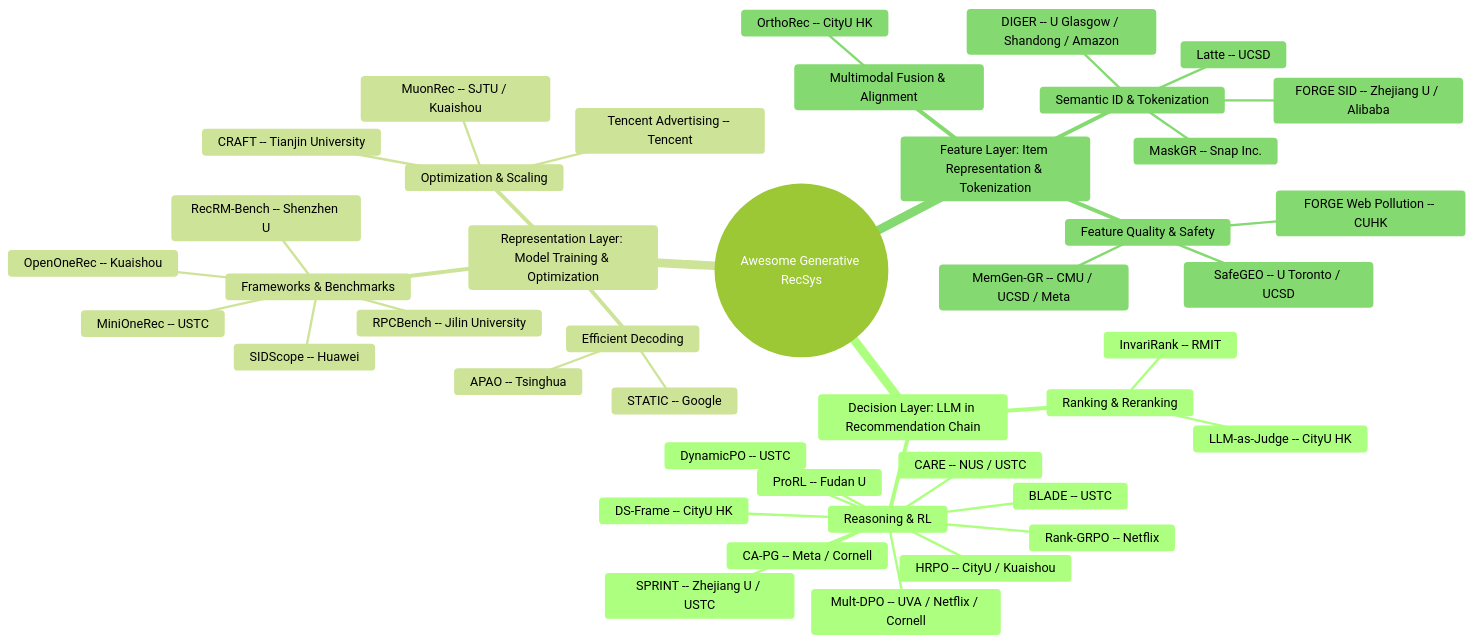
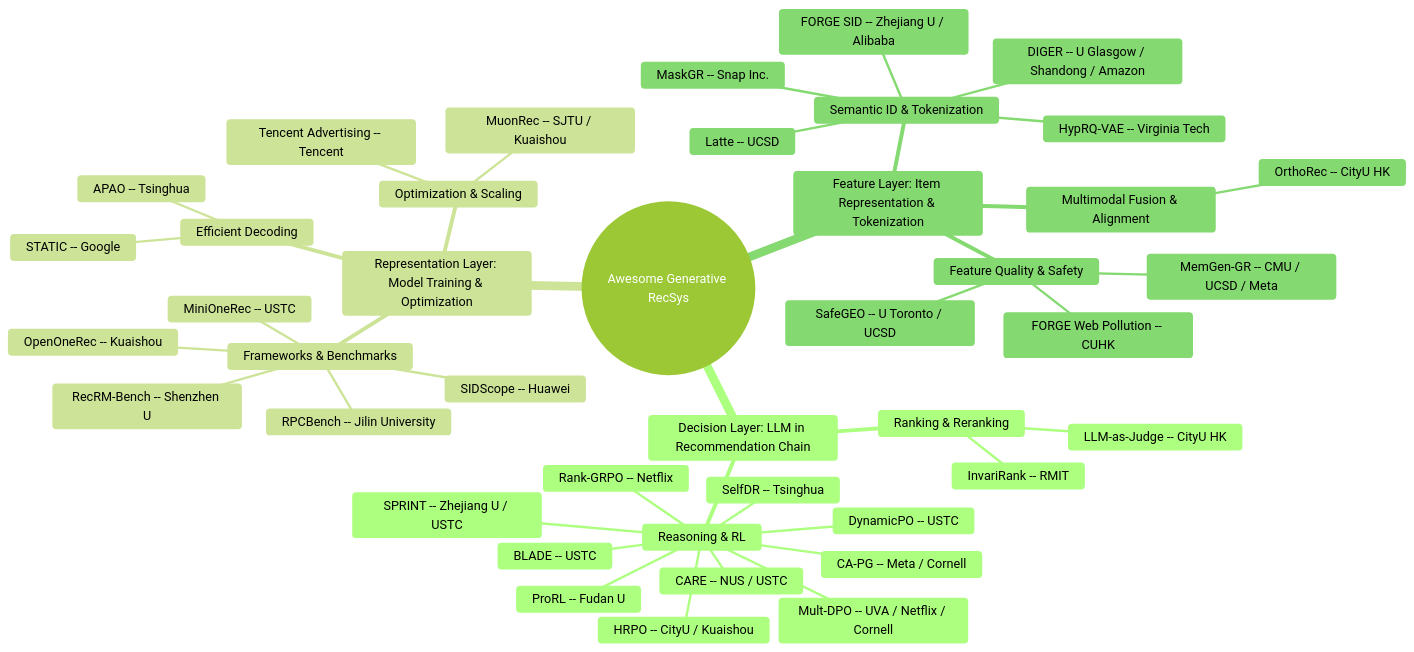
The diagram in README.md (HaFred/awesome-generative-recsys), drawn with Mermaid (forest theme) before and after one commit. The commit also changed other lines of this file and 3 other files, not shown here.

````diff
--- a/README.md
+++ b/README.md
@@ -29,45 +29,45 @@
 ```mermaid
 mindmap
   root((Awesome Generative RecSys))
     Decision Layer: LLM in Recommendation Chain
       Reasoning & RL
         Rank-GRPO -- Netflix
         DynamicPO -- USTC
         BLADE -- USTC
         SPRINT -- Zhejiang U / USTC
         CARE -- NUS / USTC
         HRPO -- CityU / Kuaishou
         Mult-DPO -- UVA / Netflix / Cornell
         CA-PG -- Meta / Cornell
         ProRL -- Fudan U
-        DS-Frame -- CityU HK
+        SelfDR -- Tsinghua
       Ranking & Reranking
         InvariRank -- RMIT
         LLM-as-Judge -- CityU HK
     Representation Layer: Model Training & Optimization
       Frameworks & Benchmarks
         MiniOneRec -- USTC
         OpenOneRec -- Kuaishou
         RecRM-Bench -- Shenzhen U
         SIDScope -- Huawei
         RPCBench -- Jilin University
       Efficient Decoding
         STATIC -- Google
         APAO -- Tsinghua
       Optimization & Scaling
         MuonRec -- SJTU / Kuaishou
         Tencent Advertising -- Tencent
-        CRAFT -- Tianjin University
     Feature Layer: Item Representation & Tokenization
       Semantic ID & Tokenization
         Latte -- UCSD
         FORGE SID -- Zhejiang U / Alibaba
         DIGER -- U Glasgow / Shandong / Amazon
         MaskGR -- Snap Inc.
+        HypRQ-VAE -- Virginia Tech
       Multimodal Fusion & Alignment
         OrthoRec -- CityU HK
       Feature Quality & Safety
         SafeGEO -- U Toronto / UCSD
         MemGen-GR -- CMU / UCSD / Meta
         FORGE Web Pollution -- CUHK
 ```
````
